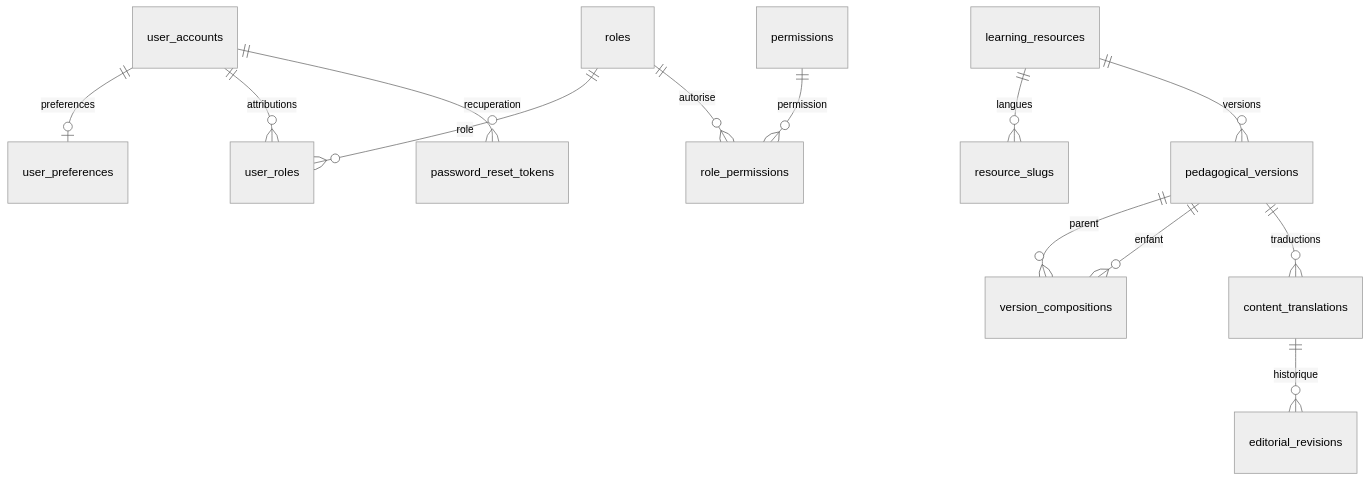
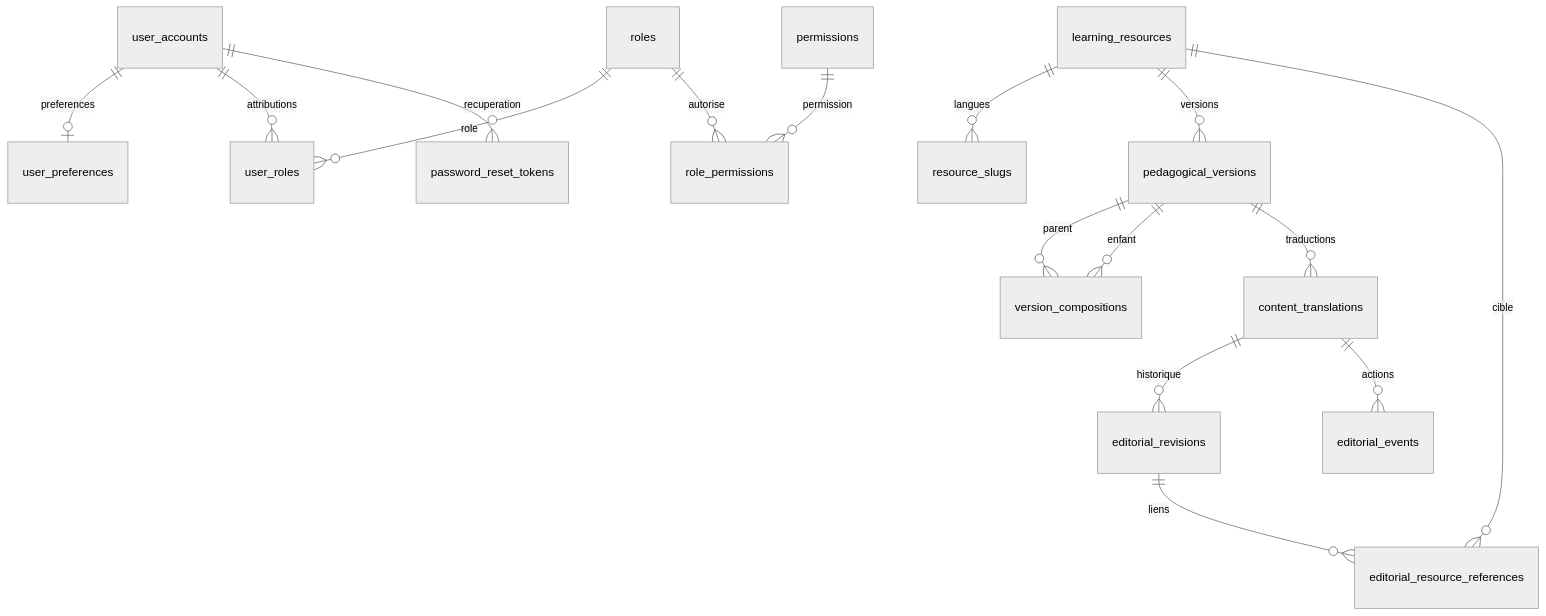
One commit to fonkoukevin/chatgpt_courses changed the diagram in docs/DATA_MODEL.md. Above: the diagram before and after it, drawn with Mermaid (neutral theme). The commit also changed other lines of this file and 103 other files, not shown here.

````diff
--- a/docs/DATA_MODEL.md
+++ b/docs/DATA_MODEL.md
@@ -24,15 +26,18 @@
 ```mermaid
 erDiagram
   user_accounts ||--o| user_preferences : preferences
   user_accounts ||--o{ user_roles : attributions
   roles ||--o{ user_roles : role
   roles ||--o{ role_permissions : autorise
   permissions ||--o{ role_permissions : permission
   user_accounts ||--o{ password_reset_tokens : recuperation
   learning_resources ||--o{ resource_slugs : langues
   learning_resources ||--o{ pedagogical_versions : versions
   pedagogical_versions ||--o{ version_compositions : parent
   pedagogical_versions ||--o{ version_compositions : enfant
   pedagogical_versions ||--o{ content_translations : traductions
   content_translations ||--o{ editorial_revisions : historique
+  content_translations ||--o{ editorial_events : actions
+  editorial_revisions ||--o{ editorial_resource_references : liens
+  learning_resources ||--o{ editorial_resource_references : cible
 ```
````
